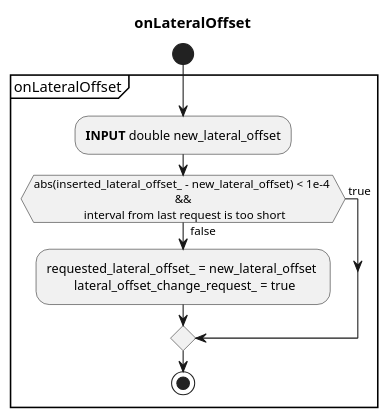
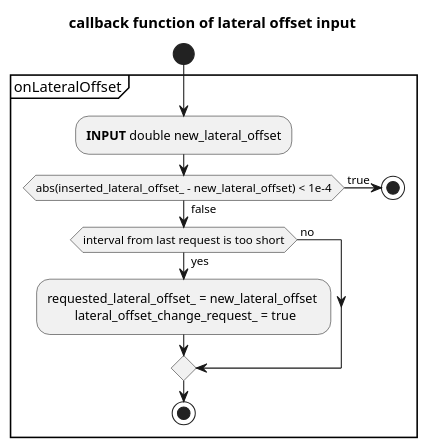
The first of 3 diagrams in planning/behavior_path_planner/behavior_path_planner_side-shift.md (autowarefoundation/autoware.universe), drawn with PlantUML before and after one commit. The commit also changed other lines of this file and 2 other files, not shown here.

Commit message:
fix flow chart

````diff
--- a/planning/behavior_path_planner/behavior_path_planner_side-shift.md
+++ b/planning/behavior_path_planner/behavior_path_planner_side-shift.md
@@ -7,19 +7,22 @@
 ```plantuml
 @startuml
 skinparam monochrome true
 skinparam defaultTextAlignment center
 skinparam noteTextAlignment left
 
-title onLateralOffset
+title callback function of lateral offset input
 start
 
 partition onLateralOffset {
 :**INPUT** double new_lateral_offset;
 
-if (abs(inserted_lateral_offset_ - new_lateral_offset) < 1e-4 \n && \n interval from last request is too short) then ( true)
+if (abs(inserted_lateral_offset_ - new_lateral_offset) < 1e-4) then ( true)
+  stop
 else ( false)
+  if (interval from last request is too short) then ( no)
+  else ( yes)
   :requested_lateral_offset_ = new_lateral_offset \n lateral_offset_change_request_ = true;
-endif
+  endif
 stop
 @enduml
 ```
````
